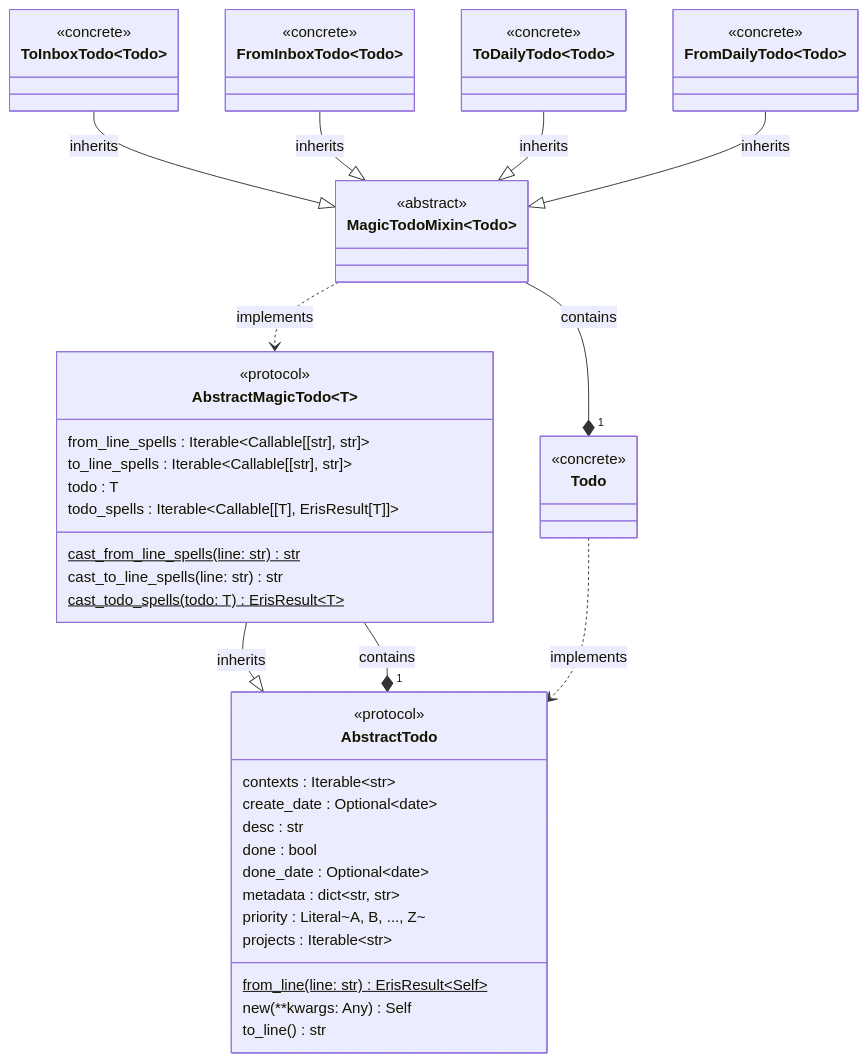
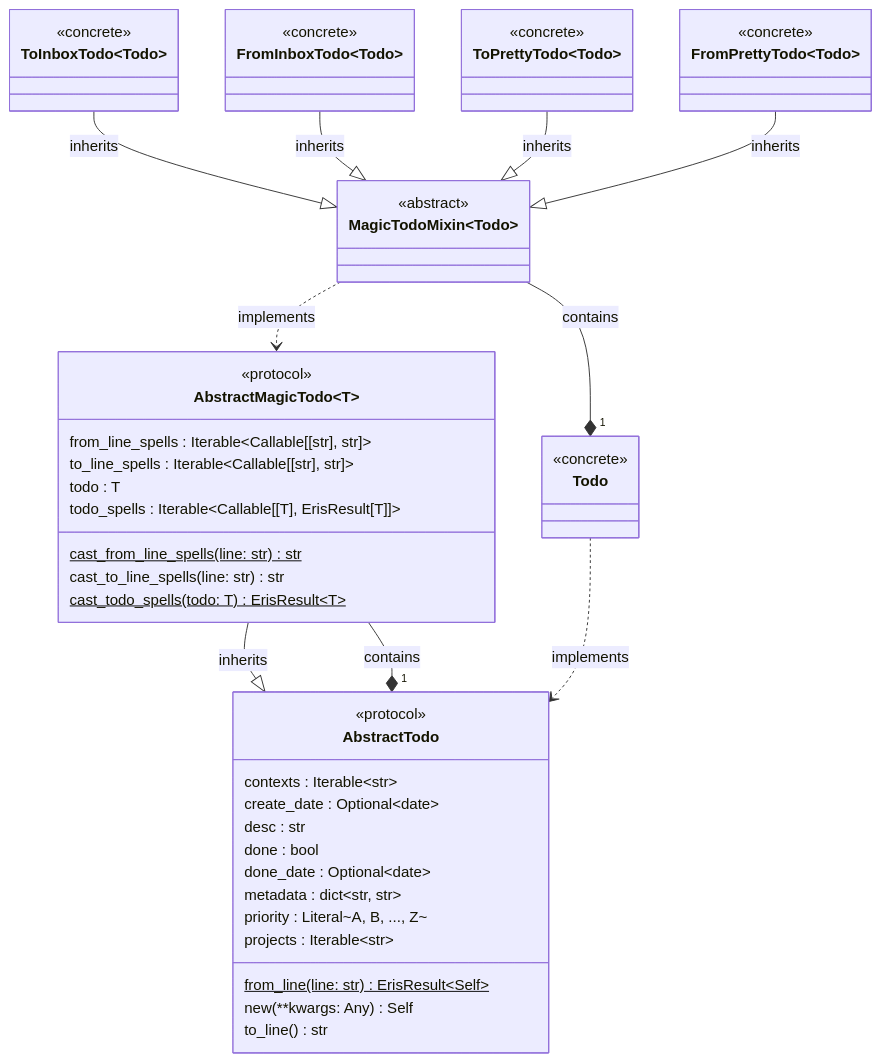
The third of 4 diagrams in docs/design/design.template.md (bbugyi200/greatday), drawn with Mermaid before and after one commit. The commit also changed 4 other files, not shown here.

Commit message:
Update diagrams

````diff
--- a/docs/design/design.template.md
+++ b/docs/design/design.template.md
@@ -76,66 +76,66 @@
 ```mermaid
 classDiagram
     class AbstractTodo {
         <<protocol>>
 
         contexts : Iterable~str~
         create_date : Optional~date~
         desc : str
         done : bool
         done_date : Optional~date~
         metadata : dict~str, str~
         priority : Literal~A, B, ..., Z~
         projects : Iterable~str~
 
         from_line(line: str)$ ErisResult~Self~
         new(**kwargs: Any) Self
         to_line() str
     }
 
     class Todo {
         <<concrete>>
     }
 
     class AbstractMagicTodo~T~ {
         <<protocol>>
 
         from_line_spells : Iterable~Callable[[str], str]~
         to_line_spells : Iterable~Callable[[str], str]~
         todo : T
         todo_spells : Iterable~Callable[[T], ErisResult[T]]~
 
         cast_from_line_spells(line: str)$ str
         cast_to_line_spells(line: str) str
         cast_todo_spells(todo: T)$ ErisResult~T~
     }
 
     class MagicTodoMixin~Todo~ {
         <<abstract>>
     }
 
     class ToInboxTodo~Todo~ {
         <<concrete>>
     }
 
     class FromInboxTodo~Todo~ {
         <<concrete>>
     }
 
-    class ToDailyTodo~Todo~ {
+    class ToPrettyTodo~Todo~ {
         <<concrete>>
     }
 
-    class FromDailyTodo~Todo~ {
+    class FromPrettyTodo~Todo~ {
         <<concrete>>
     }
 
     AbstractMagicTodo --|> AbstractTodo: inherits
     AbstractMagicTodo --* "1" AbstractTodo: contains
     Todo ..> AbstractTodo: implements
     MagicTodoMixin ..> AbstractMagicTodo: implements
     MagicTodoMixin --* "1" Todo: contains
     ToInboxTodo --|> MagicTodoMixin: inherits
     FromInboxTodo --|> MagicTodoMixin: inherits
-    ToDailyTodo --|> MagicTodoMixin: inherits
-    FromDailyTodo --|> MagicTodoMixin: inherits
+    ToPrettyTodo --|> MagicTodoMixin: inherits
+    FromPrettyTodo --|> MagicTodoMixin: inherits
 ```
````
